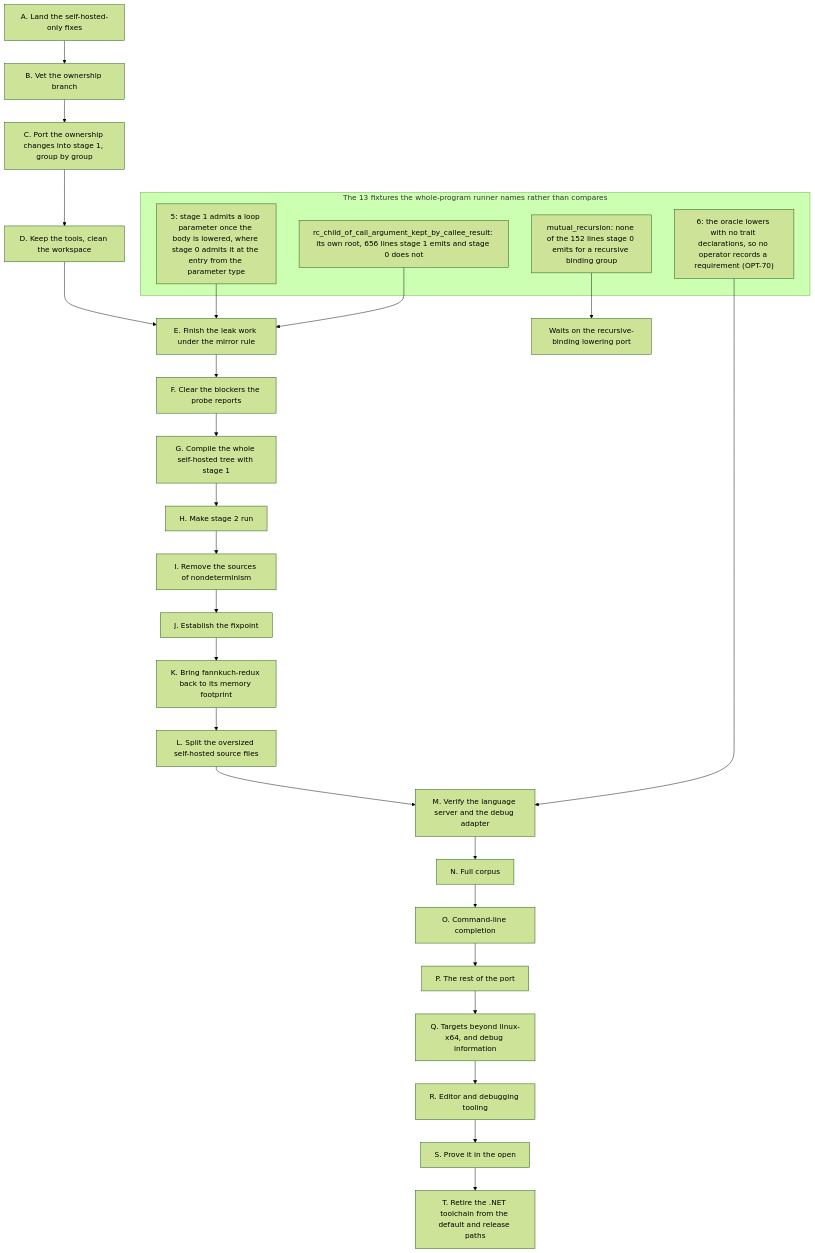
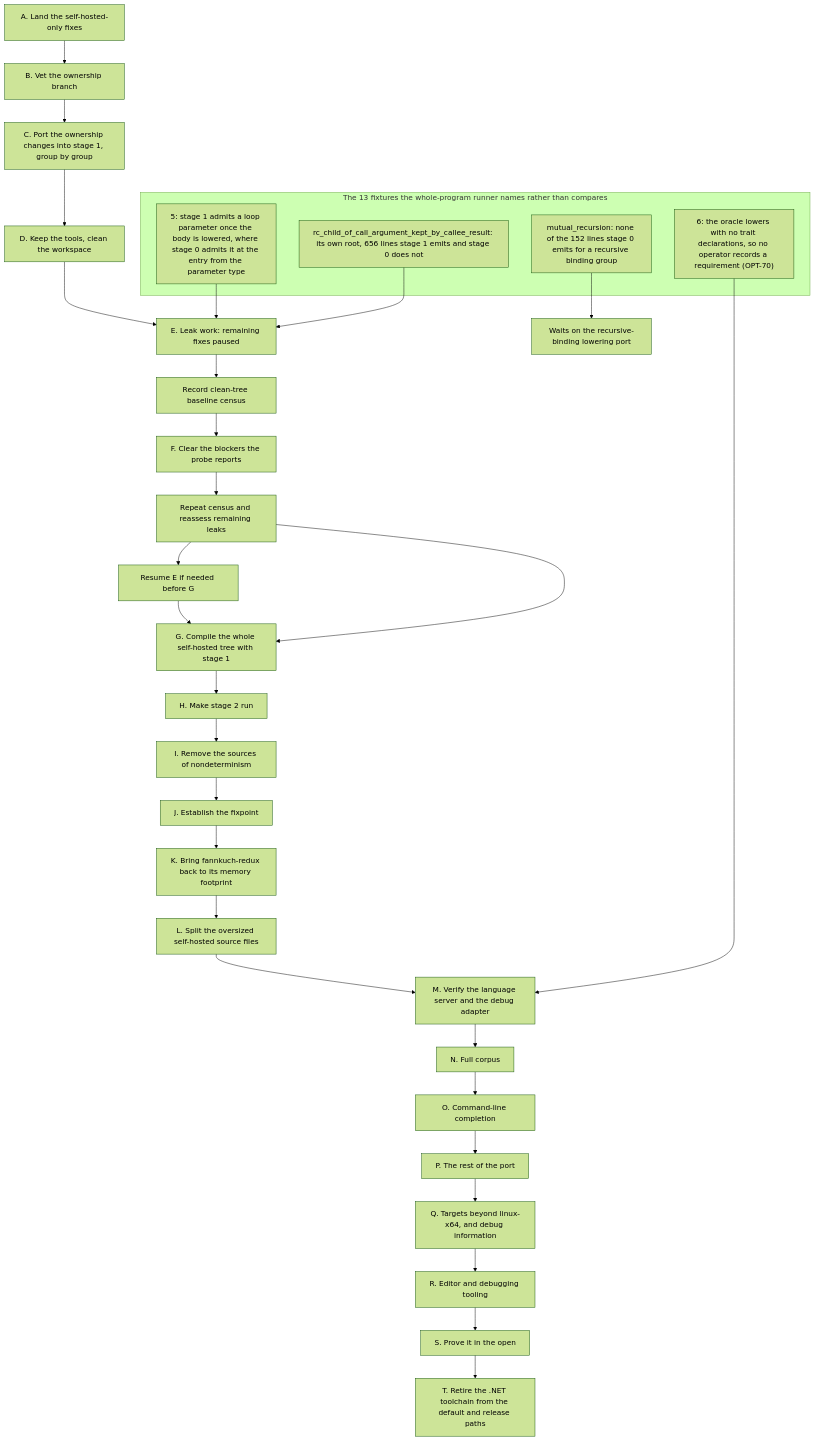
The first of 2 diagrams in docs/md/future/SELF_HOSTING.md (MattiasHognas/Ashes), drawn with Mermaid (forest theme) before and after one commit. The commit also changed other lines of this file and 286 other files, not shown here.

First line of the commit message:
selfhost: advance native bootstrap and cache type-graph queries (#1154)

````diff
--- a/docs/md/future/SELF_HOSTING.md
+++ b/docs/md/future/SELF_HOSTING.md
@@ -97,34 +100,38 @@
 ```mermaid
 flowchart TD
     A[A. Land the self-hosted-only fixes] --> B[B. Vet the ownership branch]
     B --> C[C. Port the ownership changes into stage 1, group by group]
     C --> D[D. Keep the tools, clean the workspace]
-    D --> E[E. Finish the leak work under the mirror rule]
-    E --> F[F. Clear the blockers the probe reports]
-    F --> G[G. Compile the whole self-hosted tree with stage 1]
+    D --> E[E. Leak work: remaining fixes paused]
+    E --> BASE[Record clean-tree baseline census]
+    BASE --> F[F. Clear the blockers the probe reports]
+    F --> REVIEW[Repeat census and reassess remaining leaks]
+    REVIEW --> RESUME[Resume E if needed before G]
+    RESUME --> G[G. Compile the whole self-hosted tree with stage 1]
+    REVIEW --> G
     G --> H[H. Make stage 2 run]
     H --> I[I. Remove the sources of nondeterminism]
     I --> J[J. Establish the fixpoint]
     J --> K[K. Bring fannkuch-redux back to its memory footprint]
     K --> L[L. Split the oversized self-hosted source files]
     L --> M[M. Verify the language server and the debug adapter]
     M --> N[N. Full corpus]
     N --> O[O. Command-line completion]
     O --> P[P. The rest of the port]
     P --> Q[Q. Targets beyond linux-x64, and debug information]
     Q --> R[R. Editor and debugging tooling]
     R --> S[S. Prove it in the open]
     S --> T[T. Retire the .NET toolchain from the default and release paths]
 
     subgraph gaps["The 13 fixtures the whole-program runner names rather than compares"]
         P2["5: stage 1 admits a loop parameter once the body is lowered, where stage 0 admits it at the entry from the parameter type"]
         P3["rc_child_of_call_argument_kept_by_callee_result: its own root, 656 lines stage 1 emits and stage 0 does not"]
         P1["6: the oracle lowers with no trait declarations, so no operator records a requirement (OPT-70)"]
         P4["mutual_recursion: none of the 152 lines stage 0 emits for a recursive binding group"]
     end
 
     P2 --> E
     P3 --> E
     P1 --> M
     P4 --> S3["Waits on the recursive-binding lowering port"]
 ```
````
